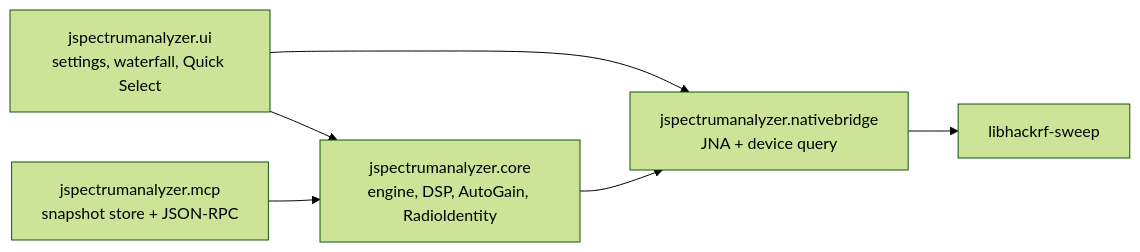
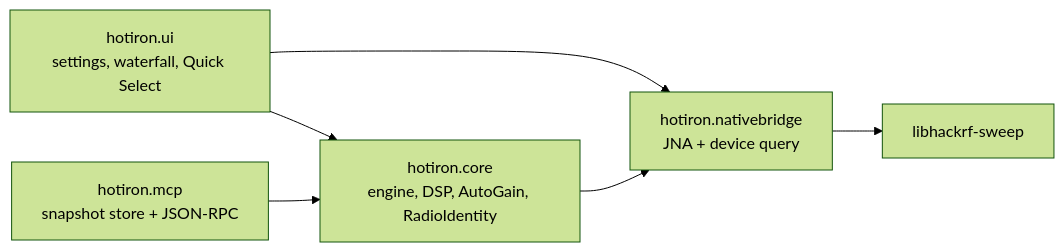
The fifth of 5 diagrams in docs/architecture.md (chris-piekarski/hot-iron), drawn with Mermaid (forest theme) before and after one commit. The commit also changed other lines of this file and 517 other files, not shown here.

````diff
--- a/docs/architecture.md
+++ b/docs/architecture.md
@@ -177,13 +178,13 @@
 ```mermaid
 flowchart LR
-    UI["jspectrumanalyzer.ui<br/>settings, waterfall, Quick Select"]
-    Core["jspectrumanalyzer.core<br/>engine, DSP, AutoGain, RadioIdentity"]
-    MCP["jspectrumanalyzer.mcp<br/>snapshot store + JSON-RPC"]
-    Bridge["jspectrumanalyzer.nativebridge<br/>JNA + device query"]
+    UI["hotiron.ui<br/>settings, waterfall, Quick Select"]
+    Core["hotiron.core<br/>engine, DSP, AutoGain, RadioIdentity"]
+    MCP["hotiron.mcp<br/>snapshot store + JSON-RPC"]
+    Bridge["hotiron.nativebridge<br/>JNA + device query"]
     Native["libhackrf-sweep"]
     UI --> Core
     UI --> Bridge
     MCP --> Core
     Core --> Bridge
     Bridge --> Native
 ```
````
